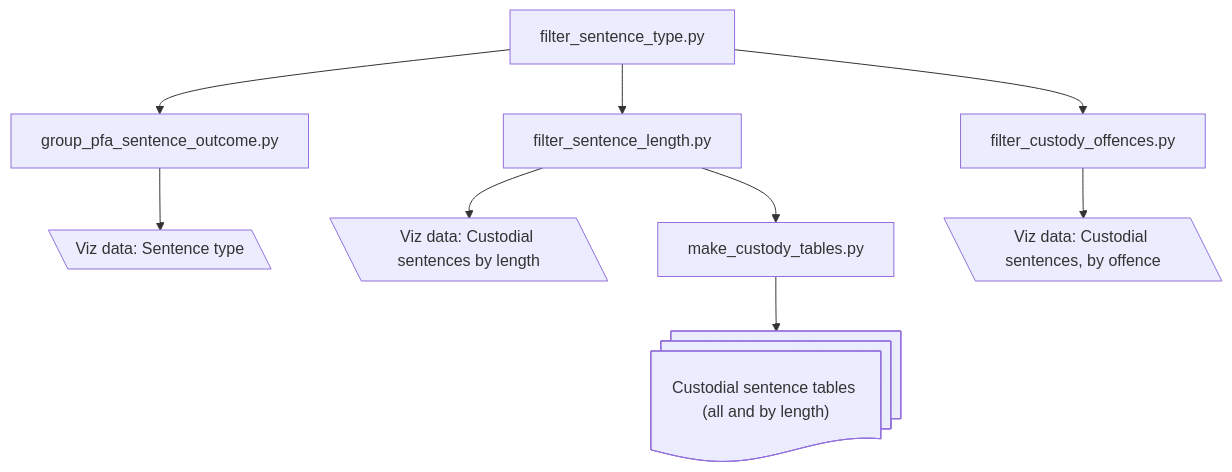
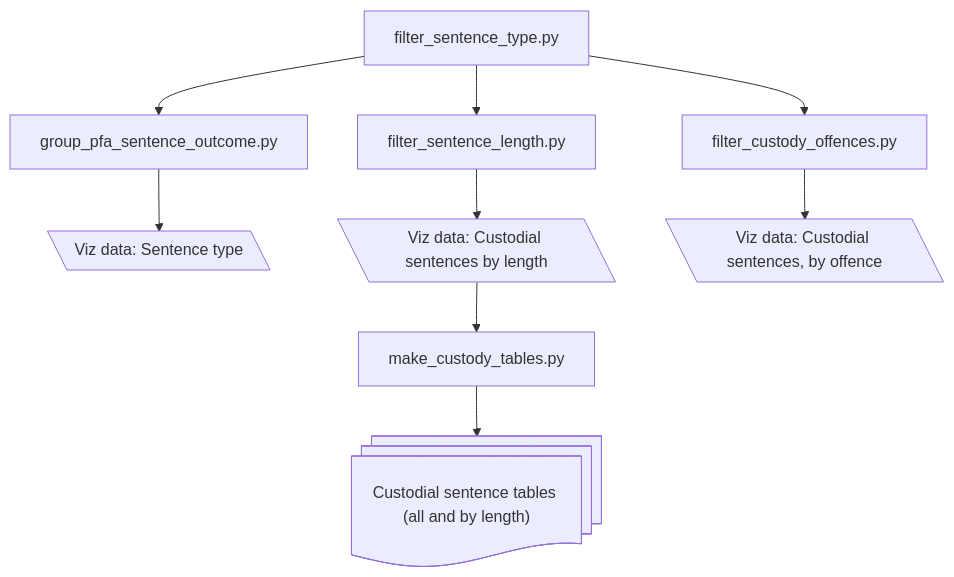
One commit to Prison-Reform-Trust/womens-imprisonment-PFA changed the diagram in docs/processing-the-data.md. Above: the diagram before and after it, drawn with Mermaid. The commit also changed other lines of this file, not shown here.

Commit message:
fix: correct flow in data processing diagram and add description of make_custody_tables script

````diff
--- a/docs/processing-the-data.md
+++ b/docs/processing-the-data.md
@@ -12,12 +12,12 @@
 ``` mermaid
 graph TD
 
   A[filter_sentence_type.py] --> B[group_pfa_sentence_outcome.py];
   A --> C[filter_sentence_length.py];
   A --> D[filter_custody_offences.py];
   B -->  E[\Viz data: Sentence type\];
   C -->  F[\Viz data: Custodial sentences by length\];
-  C -->  G[make_custody_tables.py];
+  F -->  G[make_custody_tables.py];
   D -->  H[\Viz data: Custodial sentences, by offence\];
   G --> I@{ shape: docs, label: "Custodial sentence tables (all and by length)" };
 ```
````
